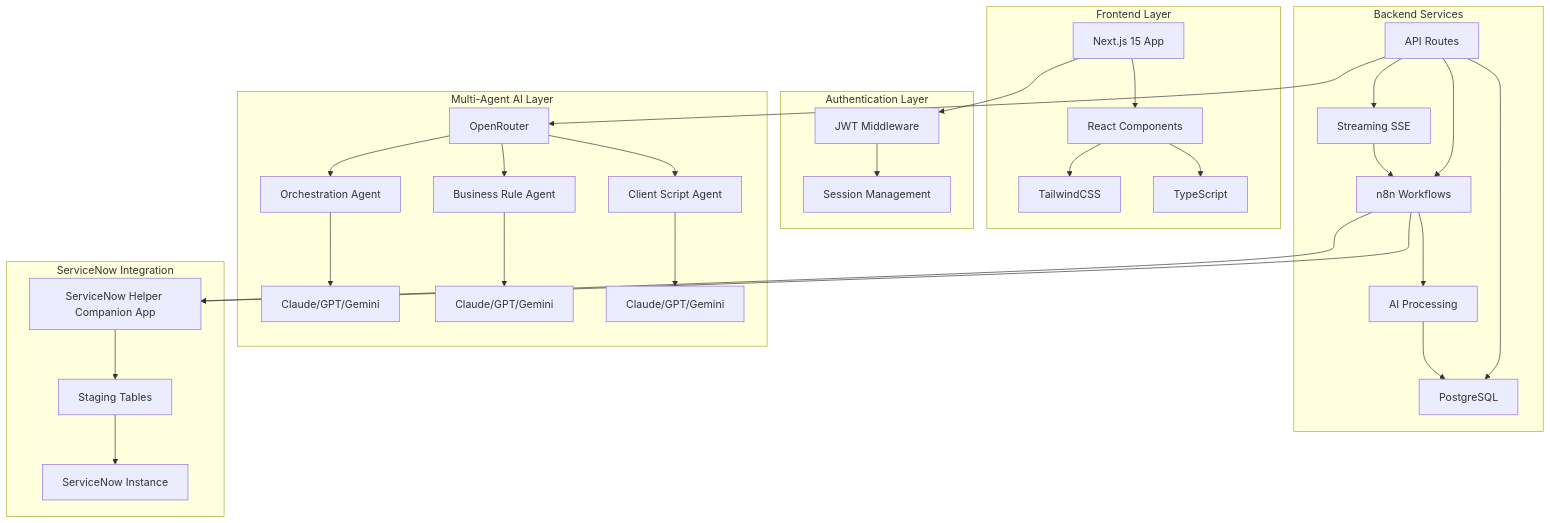
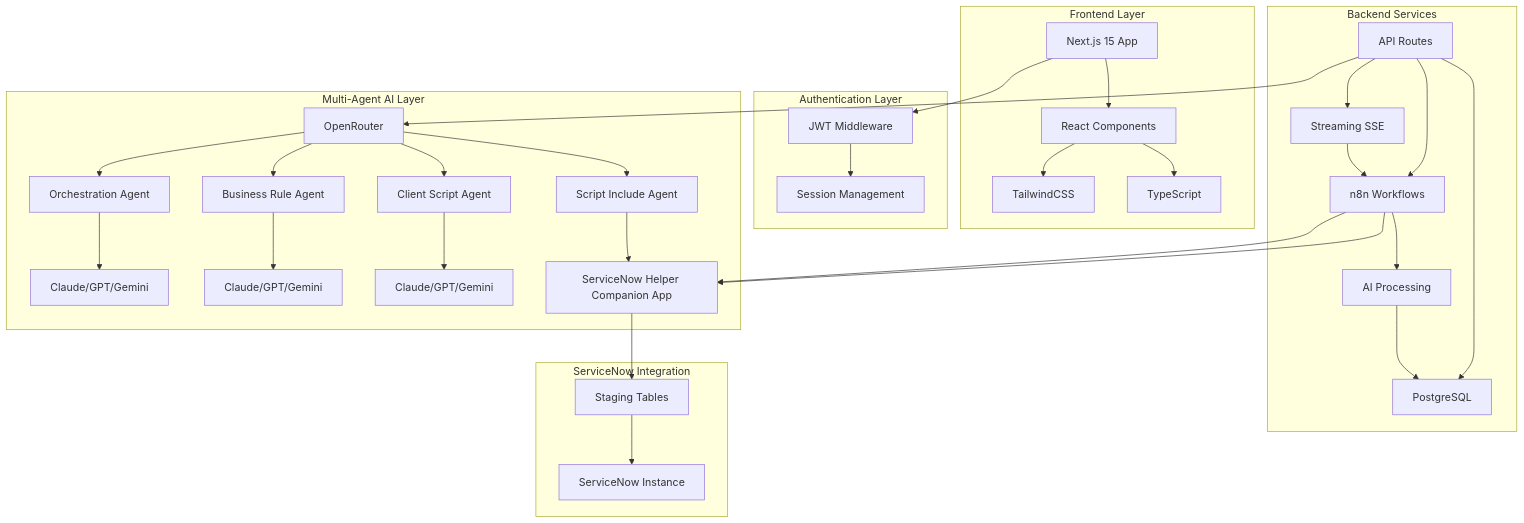
Before and after one commit to DanielMadsenDK/servicenow-helper: the first of 2 diagrams in README.md, drawn with Mermaid. The commit also changed other lines of this file and 6 other files, not shown here.

Commit message:
Add Script Include Agent support and update related configurations

````diff
--- a/README.md
+++ b/README.md
@@ -56,40 +56,42 @@
 ```mermaid
 graph TB
     subgraph "Frontend Layer"
         A[Next.js 15 App] --> B[React Components]
         B --> C[TailwindCSS]
         B --> D[TypeScript]
     end
     
     subgraph "Authentication Layer"
         E[JWT Middleware] --> F[Session Management]
     end
     
     subgraph "Backend Services"
         H[API Routes] --> I[n8n Workflows]
         H --> G[Streaming SSE]
         I --> J[AI Processing]
         G --> I
         H --> K[PostgreSQL]
     end
     
     subgraph "Multi-Agent AI Layer"
         L[OpenRouter] --> M[Orchestration Agent]
         L --> N[Business Rule Agent]
         L --> O[Client Script Agent]
+        L --> SI[Script Include Agent]
         M --> P[Claude/GPT/Gemini]
         N --> Q[Claude/GPT/Gemini]
         O --> R[Claude/GPT/Gemini]
+        SI --> S[Claude/GPT/Gemini]
     end
     
     subgraph "ServiceNow Integration"
         S[ServiceNow Helper Companion App] --> T[Staging Tables]
         T --> U[ServiceNow Instance]
         I --> S
     end
     
     A --> E
     H --> L
     J --> K
     I --> S
 ```
````
